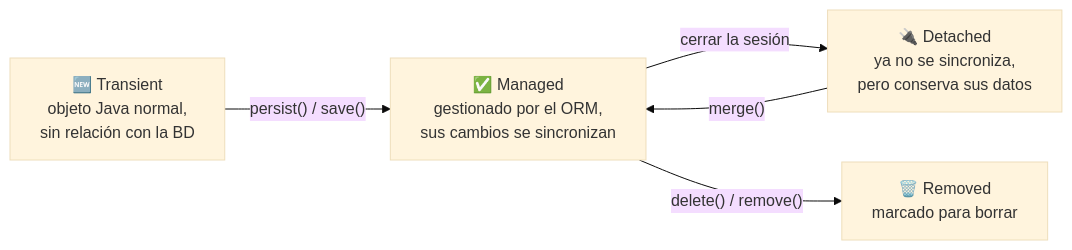
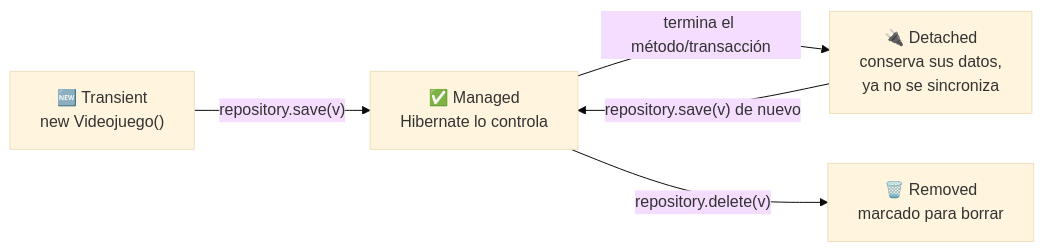
The first of 2 diagrams in docs/tema1/hibernate-a-fondo.md (aitorventura/acceso-a-datos), drawn with Mermaid (base theme) before and after one commit. The commit also changed other lines of this file and 8 other files, not shown here.

````diff
--- a/docs/tema1/hibernate-a-fondo.md
+++ b/docs/tema1/hibernate-a-fondo.md
@@ -24,7 +52,7 @@
 ```mermaid
 flowchart LR
-    T["🆕 Transient<br/>objeto Java normal,<br/>sin relación con la BD"] -->|"persist() / save()"| M["✅ Managed<br/>gestionado por el ORM,<br/>sus cambios se sincronizan"]
-    M -->|"cerrar la sesión"| D["🔌 Detached<br/>ya no se sincroniza,<br/>pero conserva sus datos"]
-    M -->|"delete() / remove()"| R["🗑️ Removed<br/>marcado para borrar"]
-    D -->|"merge()"| M
+    T["🆕 Transient<br/>new Videojuego()"] -->|"repository.save(v)"| M["✅ Managed<br/>Hibernate lo controla"]
+    M -->|"termina el método/transacción"| D["🔌 Detached<br/>conserva sus datos,<br/>ya no se sincroniza"]
+    M -->|"repository.delete(v)"| R["🗑️ Removed<br/>marcado para borrar"]
+    D -->|"repository.save(v) de nuevo"| M
 ```
````
